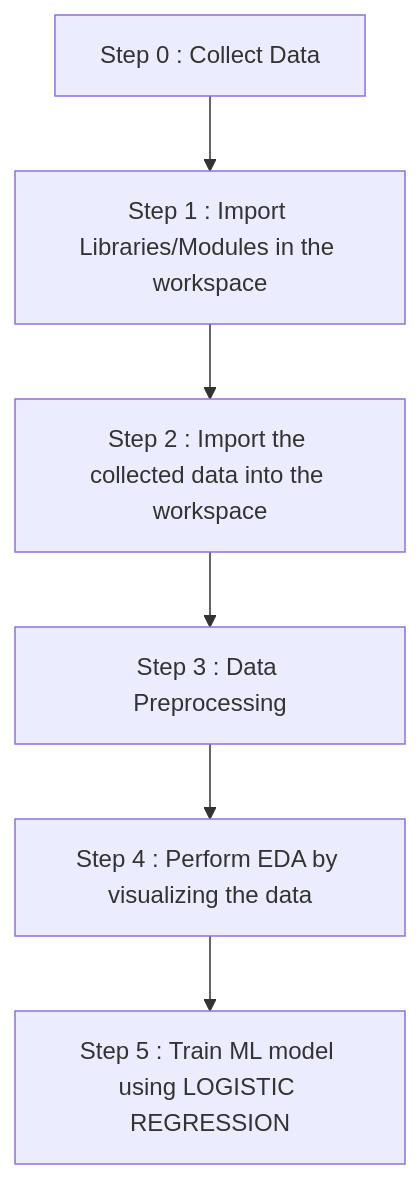
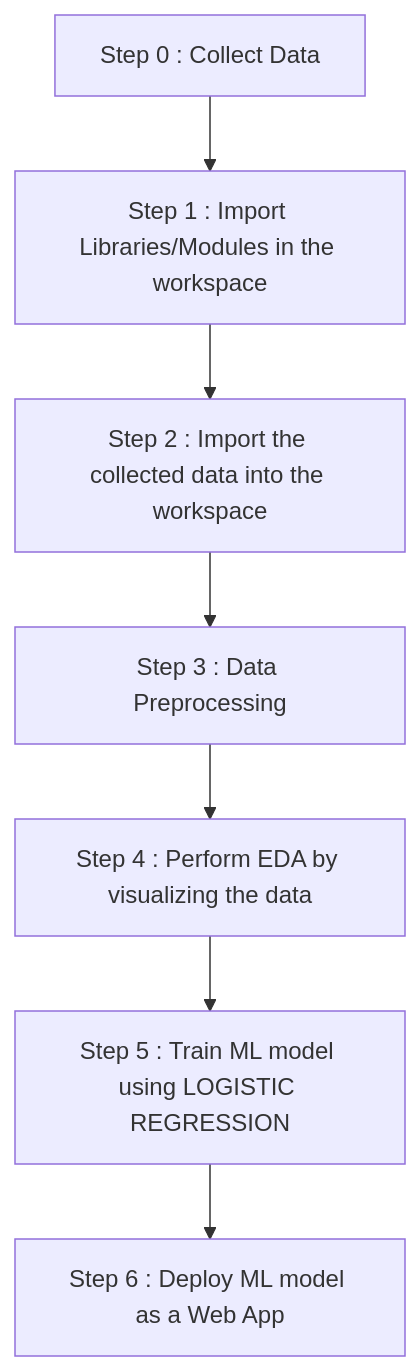
Before and after one commit to dvamsidhar2002/Breast-Cancer-Classifier-Web-App-using-Streamlit: the diagram in README.md, drawn with Mermaid.

````diff
--- a/README.md
+++ b/README.md
@@ -46,9 +46,10 @@
 ```mermaid
 flowchart TD
 
 A[Step 0 : Collect Data] --> B[Step 1 : Import Libraries/Modules in the workspace]
 B[Step 1 : Import Libraries/Modules in the workspace] --> C[Step 2 : Import the collected data into the workspace]
 C[Step 2 : Import the collected data into the workspace] --> D[Step 3 : Data Preprocessing]
 D[Step 3 : Data Preprocessing] --> E[Step 4 : Perform EDA by visualizing the data]
 E[Step 4 : Perform EDA by visualizing the data] --> F[Step 5 : Train ML model using LOGISTIC REGRESSION]
+F[Step 5 : Train ML model using LOGISTIC REGRESSION] --> G[Step 6 : Deploy ML model as a Web App]
 ```
````
